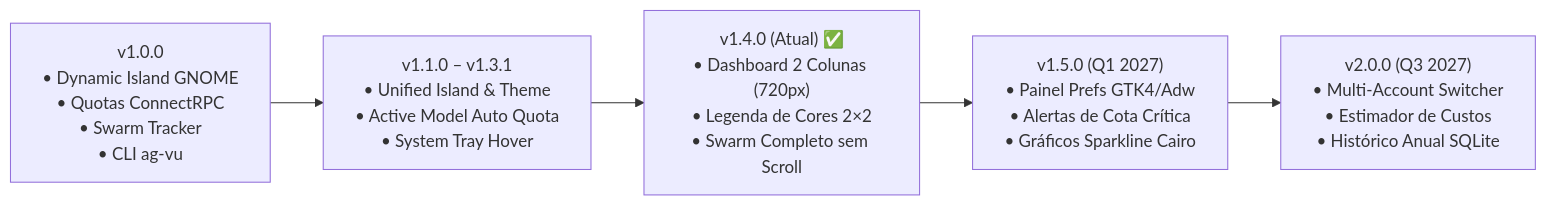
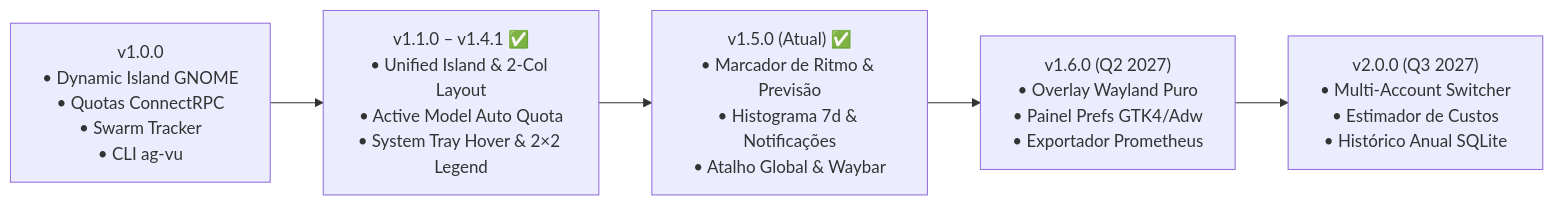
Before and after one commit to brendofreitas-dev/antigravity-vu-linux: the diagram in ROADMAP.md, drawn with Mermaid. The commit also changed other lines of this file and 3 other files, not shown here.

Commit message:
docs: document v1.5.0 quota pacing, 7-day histogram, native notifications and waybar support

````diff
--- a/ROADMAP.md
+++ b/ROADMAP.md
@@ -9,10 +9,10 @@
 ```mermaid
 flowchart LR
     v10["v1.0.0<br/>• Dynamic Island GNOME<br/>• Quotas ConnectRPC<br/>• Swarm Tracker<br/>• CLI ag-vu"]
-    v11["v1.1.0 – v1.3.1<br/>• Unified Island & Theme<br/>• Active Model Auto Quota<br/>• System Tray Hover"]
-    v14["v1.4.0 (Atual) ✅<br/>• Dashboard 2 Colunas (720px)<br/>• Legenda de Cores 2×2<br/>• Swarm Completo sem Scroll"]
-    v15["v1.5.0 (Q1 2027)<br/>• Painel Prefs GTK4/Adw<br/>• Alertas de Cota Crítica<br/>• Gráficos Sparkline Cairo"]
+    v11["v1.1.0 – v1.4.1 ✅<br/>• Unified Island & 2-Col Layout<br/>• Active Model Auto Quota<br/>• System Tray Hover & 2×2 Legend"]
+    v15["v1.5.0 (Atual) ✅<br/>• Marcador de Ritmo & Previsão<br/>• Histograma 7d & Notificações<br/>• Atalho Global & Waybar"]
+    v16["v1.6.0 (Q2 2027)<br/>• Overlay Wayland Puro<br/>• Painel Prefs GTK4/Adw<br/>• Exportador Prometheus"]
     v20["v2.0.0 (Q3 2027)<br/>• Multi-Account Switcher<br/>• Estimador de Custos<br/>• Histórico Anual SQLite"]
 
-    v10 --> v11 --> v14 --> v15 --> v20
+    v10 --> v11 --> v15 --> v16 --> v20
 ```
````
